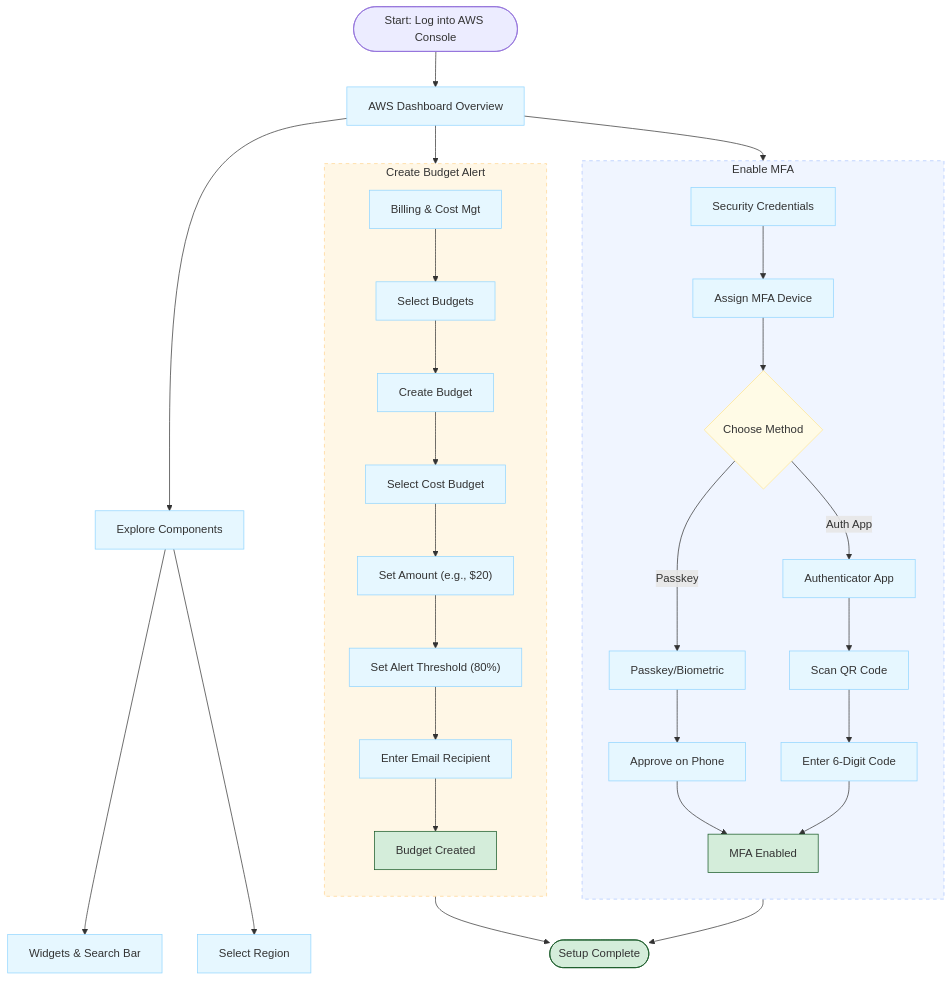
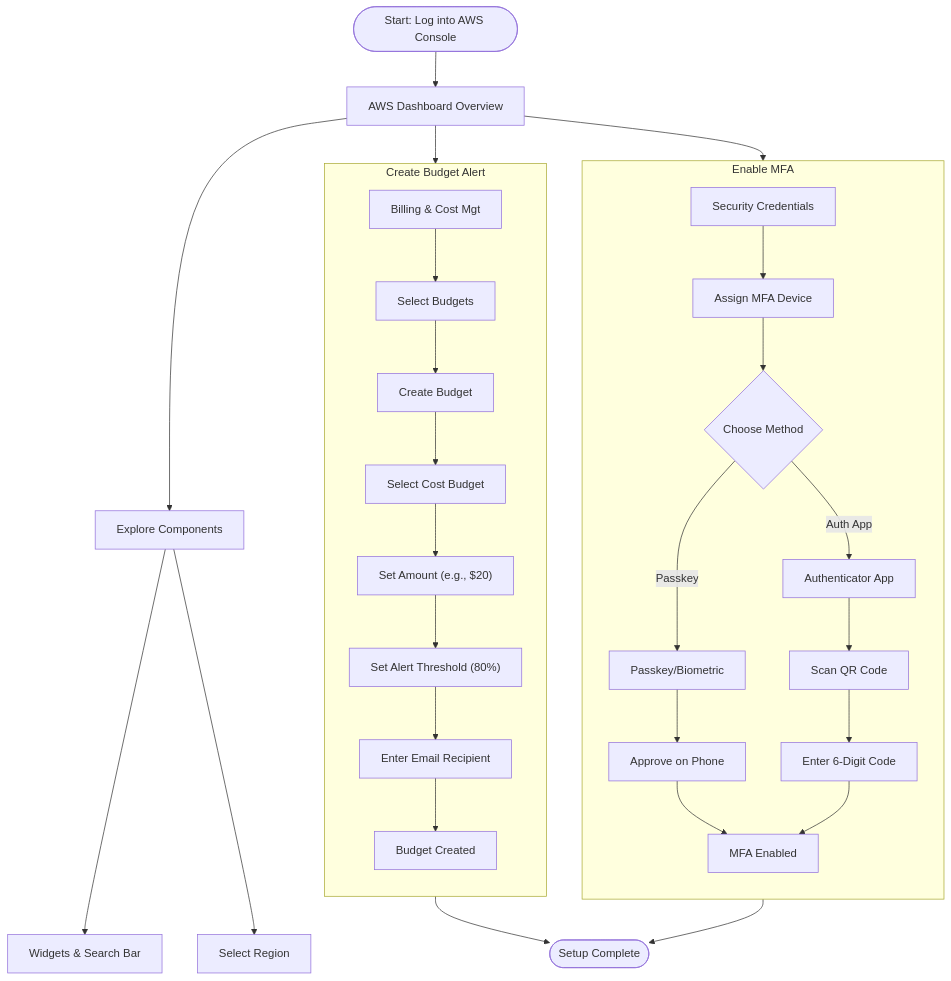
One commit to sujith-eag/sujith-library changed the first of 3 diagrams in docs/dev-cloud/cclab/lab_1.md. Above: the diagram before and after it, drawn with Mermaid. The commit also changed other lines of this file and 41 other files, not shown here.

First line of the commit message:
Refactor diagrams and remove redundant styles in documentation

````diff
--- a/docs/dev-cloud/cclab/lab_1.md
+++ b/docs/dev-cloud/cclab/lab_1.md
@@ -11,52 +11,41 @@
 ```mermaid
 flowchart TD
     Start([Start: Log into AWS Console]) --> Dashboard[AWS Dashboard Overview]
     
     Dashboard --> Explore[Explore Components]
     Explore --> Widgets[Widgets & Search Bar]
     Explore --> Regions[Select Region]
     
     Dashboard --> Security[Security Credentials]
     Dashboard --> Billing[Billing & Cost Mgt]
 
     subgraph MFA_Setup [" Enable MFA "]
         direction TB
         Security --> AssignMFA[Assign MFA Device]
         AssignMFA --> Choice{Choose Method}
         
         Choice -- Passkey --> Passkey[Passkey/Biometric]
         Passkey --> BioPrompt[Approve on Phone]
         
         Choice -- Auth App --> AuthApp[Authenticator App]
         AuthApp --> ScanQR[Scan QR Code]
         ScanQR --> EnterCode[Enter 6-Digit Code]
         
         BioPrompt --> MFA_Done[MFA Enabled]
         EnterCode --> MFA_Done
     end
 
     subgraph Budget_Setup [" Create Budget Alert "]
         direction TB
         Billing --> Features[Select Budgets]
         Features --> CreateB[Create Budget]
         CreateB --> Type[Select Cost Budget]
         Type --> Details["Set Amount (e.g., $20)"]
         Details --> Alert["Set Alert Threshold (80%)"]
         Alert --> Email[Enter Email Recipient]
         Email --> Finalize[Budget Created]
     end
 
     MFA_Done --> EndNode([Setup Complete])
     Finalize --> EndNode
-
-    classDef process fill:#e6f7ff,stroke:#91d5ff
-    classDef decision fill:#fffbe6,stroke:#ffe58f
-    classDef success fill:#d4edda,stroke:#155724
-
-    class Dashboard,Explore,Widgets,Regions,Security,Billing,Features,CreateB,Type,Details,Alert,Email,AssignMFA,Passkey,BioPrompt,AuthApp,ScanQR,EnterCode process
-    class Choice decision
-    class MFA_Done,Finalize,EndNode success
-
-    style MFA_Setup fill:#f0f5ff,stroke:#adc6ff,stroke-dasharray: 5 5
-    style Budget_Setup fill:#fff7e6,stroke:#ffd591,stroke-dasharray: 5 5
 ```
````
